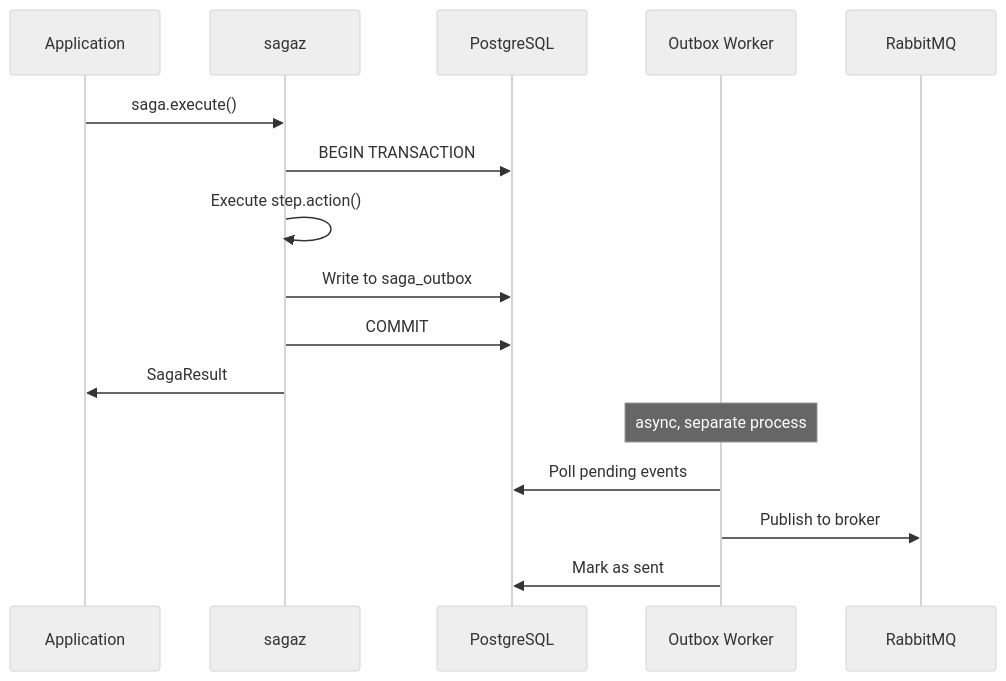
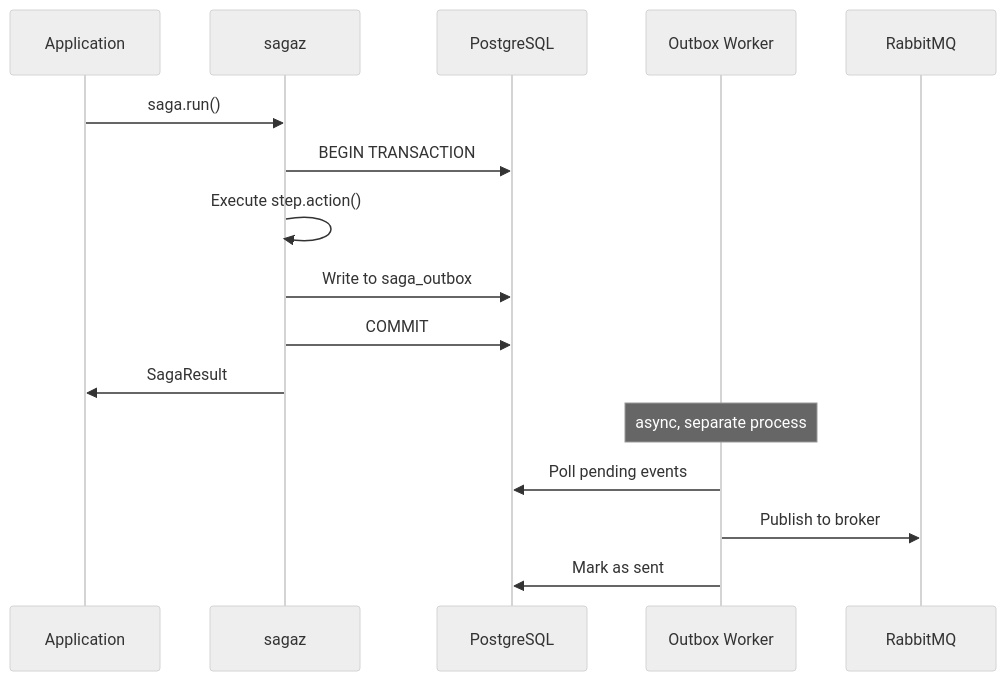
One commit to brunolnetto/sagaz changed the third of 4 diagrams in docs/architecture/overview.md. Above: the diagram before and after it, drawn with Mermaid (neutral theme). The commit also changed 210 other files, not shown here.

````diff
--- a/docs/architecture/overview.md
+++ b/docs/architecture/overview.md
@@ -106,20 +106,20 @@
 ```mermaid
 sequenceDiagram
     participant App as Application
     participant Sagaz as sagaz
     participant PG as PostgreSQL
     participant Worker as Outbox Worker
     participant Broker as RabbitMQ
     
-    App->>Sagaz: saga.execute()
+    App->>Sagaz: saga.run()
     Sagaz->>PG: BEGIN TRANSACTION
     Sagaz->>Sagaz: Execute step.action()
     Sagaz->>PG: Write to saga_outbox
     Sagaz->>PG: COMMIT
     Sagaz->>App: SagaResult
     
     Note over Worker: async, separate process
     Worker->>PG: Poll pending events
     Worker->>Broker: Publish to broker
     Worker->>PG: Mark as sent
 ```
````
